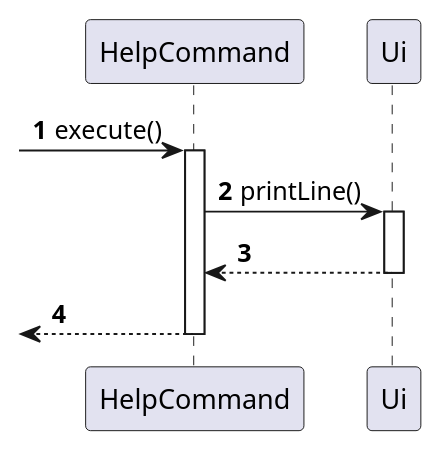
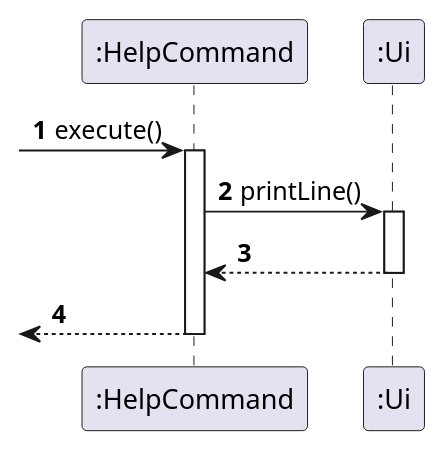
Before and after one commit to uosjapuelks/tp: the diagram in docs/umlDiagrams/HelpSequence.puml, drawn with PlantUML. The commit also changed 1 other file, not shown here.

Commit message:
Rename class name of help command for sequence diagram

```diff
--- a/docs/umlDiagrams/HelpSequence.puml
+++ b/docs/umlDiagrams/HelpSequence.puml
@@ -1,17 +1,17 @@
 @startuml
 'https://plantuml.com/sequence-diagram
 
 autonumber
 
--> HelpCommand: execute()
-activate HelpCommand
+-> ":HelpCommand": execute()
+activate ":HelpCommand"
 
-    HelpCommand -> Ui: printLine()
-    activate Ui
-    HelpCommand <-- Ui
-    deactivate Ui
+    ":HelpCommand" -> ":Ui": printLine()
+    activate ":Ui"
+    ":HelpCommand" <-- ":Ui"
+    deactivate ":Ui"
 
-    <-- HelpCommand
-deactivate HelpCommand
+    <-- ":HelpCommand"
+deactivate ":HelpCommand"
 
 @enduml
```
